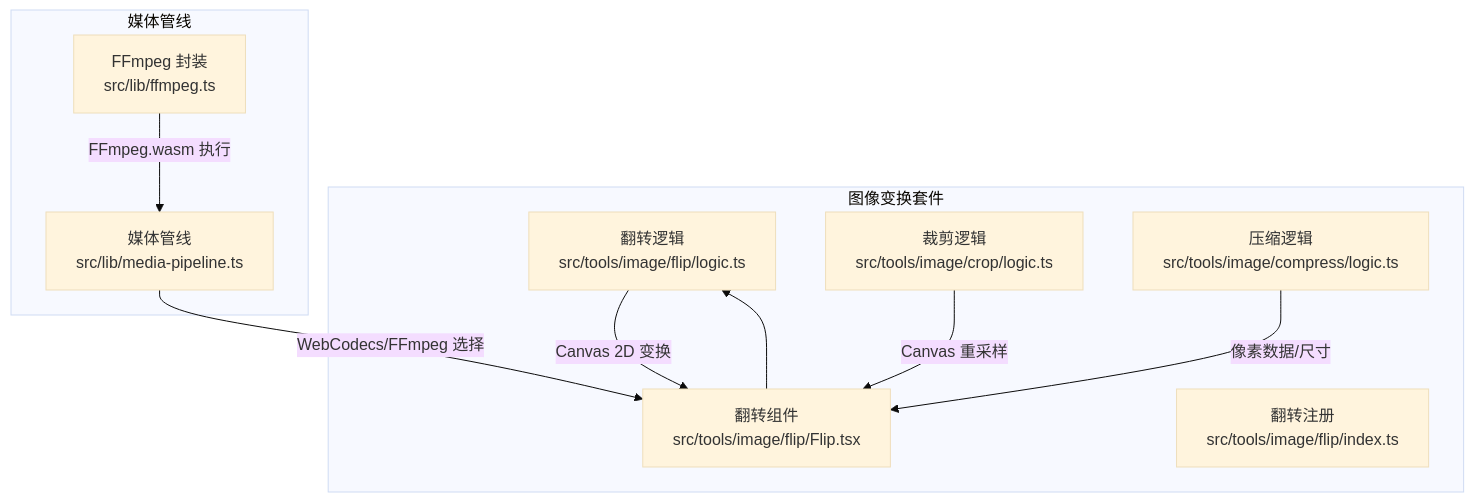
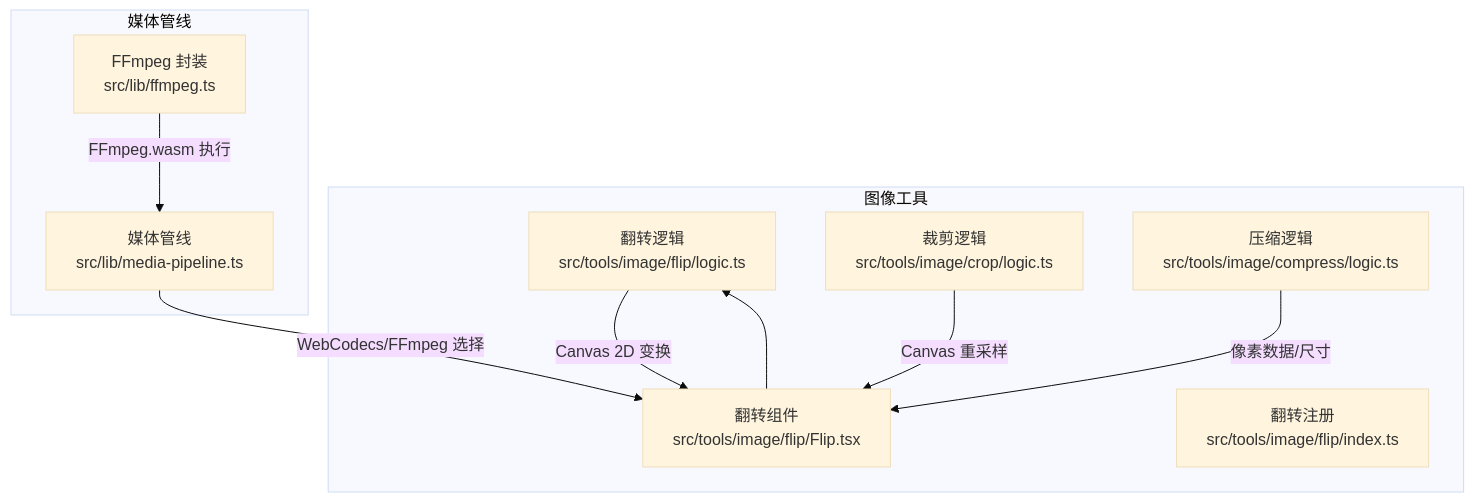
Before and after one commit to sgyy/privadeck: the first of 6 diagrams in .qoder/repowiki/zh/content/图像工具/图像变换.md, drawn with Mermaid (base theme). The commit also changed other lines of this file and 48 other files, not shown here.

````diff
--- a/.qoder/repowiki/zh/content/图像工具/图像变换.md
+++ b/.qoder/repowiki/zh/content/图像工具/图像变换.md
@@ -60,20 +58,20 @@
 ```mermaid
 graph TB
-subgraph "图像变换套件"
+subgraph "图像工具"
 FLIP_LOGIC["翻转逻辑<br/>src/tools/image/flip/logic.ts"]
 FLIP_UI["翻转组件<br/>src/tools/image/flip/Flip.tsx"]
 CROP_LOGIC["裁剪逻辑<br/>src/tools/image/crop/logic.ts"]
 COMPRESS_LOGIC["压缩逻辑<br/>src/tools/image/compress/logic.ts"]
 FLIP_INDEX["翻转注册<br/>src/tools/image/flip/index.ts"]
 end
 subgraph "媒体管线"
 MEDIA_PIPE["媒体管线<br/>src/lib/media-pipeline.ts"]
 FFMPEG["FFmpeg 封装<br/>src/lib/ffmpeg.ts"]
 end
 FLIP_UI --> FLIP_LOGIC
 FLIP_LOGIC --> |"Canvas 2D 变换"| FLIP_UI
 CROP_LOGIC --> |"Canvas 重采样"| FLIP_UI
 COMPRESS_LOGIC --> |"像素数据/尺寸"| FLIP_UI
 MEDIA_PIPE --> |"WebCodecs/FFmpeg 选择"| FLIP_UI
 FFMPEG --> |"FFmpeg.wasm 执行"| MEDIA_PIPE
 ```
````
